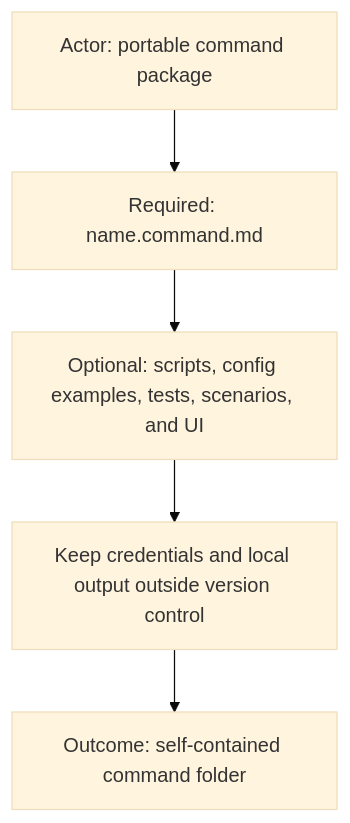
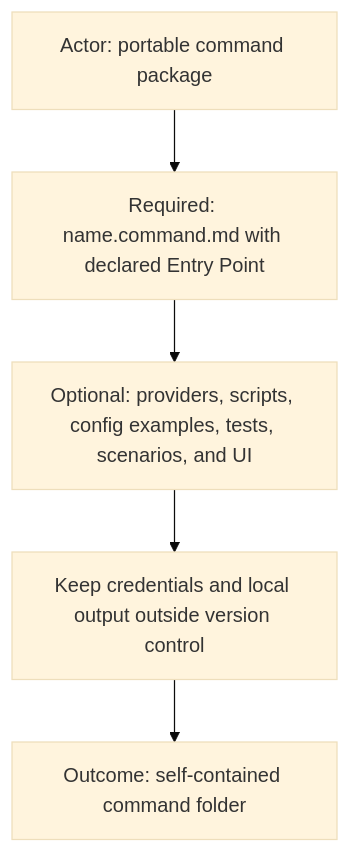
The sixth of 12 diagrams in ai-commands/README.md (starodubtsevconsulting/ai-fleas), drawn with Mermaid (base theme) before and after one commit. The commit also changed other lines of this file and 344 other files, not shown here.

````diff
--- a/ai-commands/README.md
+++ b/ai-commands/README.md
@@ -136,8 +137,8 @@
 ```mermaid
 flowchart TD
   Actor["Actor: portable command package"]
-  Actor --> Required["Required: name.command.md"]
-  Required --> Optional["Optional: scripts, config examples, tests, scenarios, and UI"]
+  Actor --> Required["Required: name.command.md with declared Entry Point"]
+  Required --> Optional["Optional: providers, scripts, config examples, tests, scenarios, and UI"]
   Optional --> Boundary["Keep credentials and local output outside version control"]
   Boundary --> Outcome["Outcome: self-contained command folder"]
 ```
````
